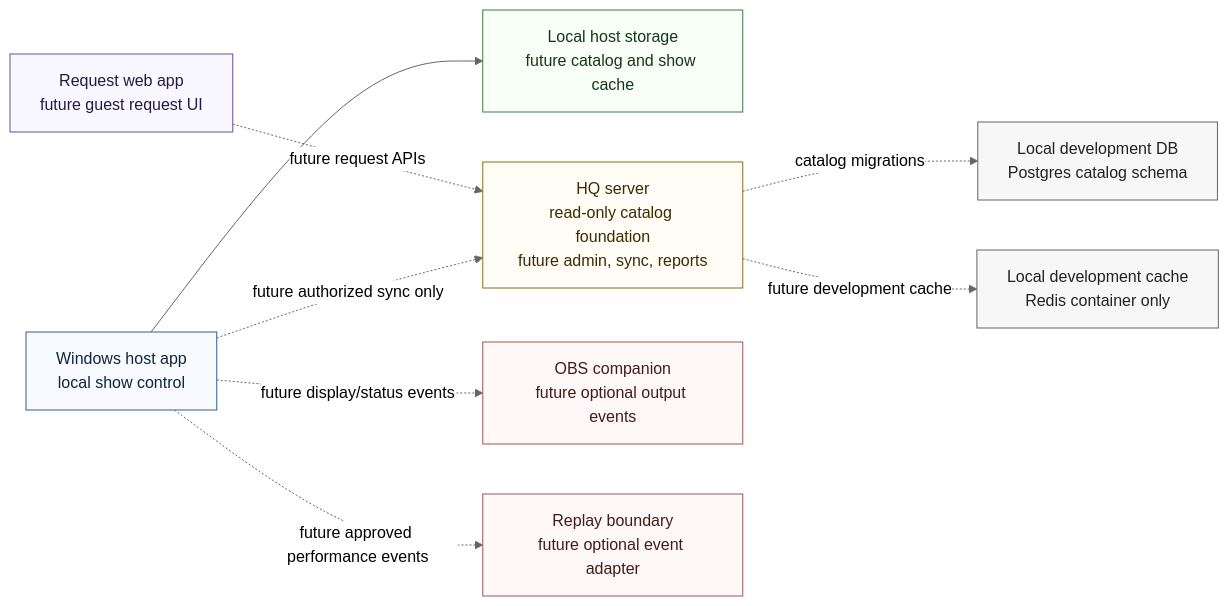
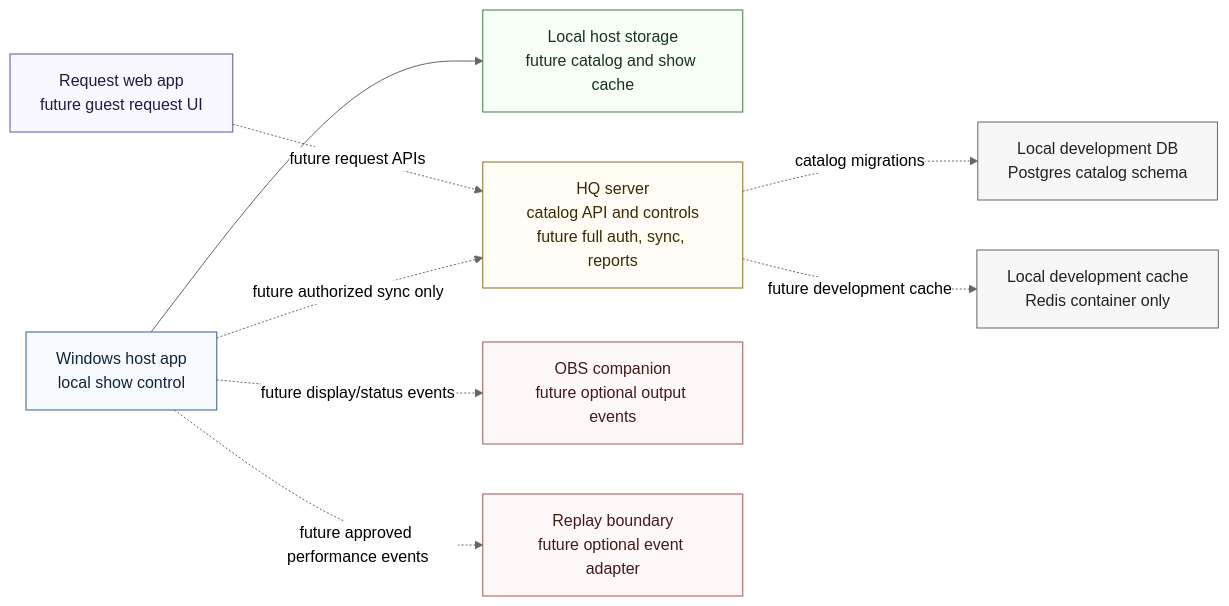
One commit to justinmercer/dandjsworldwidekaraokemedia-base changed the diagram in docs/architecture/system-context.md. Above: the diagram before and after it, drawn with Mermaid (neutral theme). The commit also changed other lines of this file and 35 other files, not shown here.

Commit message:
Complete Wave 1B HQ catalog controls

````diff
--- a/docs/architecture/system-context.md
+++ b/docs/architecture/system-context.md
@@ -5,26 +5,26 @@
 ```mermaid
 flowchart LR
   Host["Windows host app\nlocal show control"]:::core
   LocalStore["Local host storage\nfuture catalog and show cache"]:::local
-  HQ["HQ server\nread-only catalog foundation\nfuture admin, sync, reports"]:::server
+  HQ["HQ server\ncatalog API and controls\nfuture full auth, sync, reports"]:::server
   DB["Local development DB\nPostgres catalog schema"]:::infra
   Cache["Local development cache\nRedis container only"]:::infra
   RequestWeb["Request web app\nfuture guest request UI"]:::edge
   OBS["OBS companion\nfuture optional output events"]:::optional
   Replay["Replay boundary\nfuture optional event adapter"]:::optional
 
   Host --> LocalStore
   Host -. "future authorized sync only" .-> HQ
   HQ -. "catalog migrations" .-> DB
   HQ -. "future development cache" .-> Cache
   RequestWeb -. "future request APIs" .-> HQ
   Host -. "future display/status events" .-> OBS
   Host -. "future approved performance events" .-> Replay
 
   classDef core fill:#f7fbff,stroke:#2f5f8f,color:#10243a
   classDef local fill:#f8fff7,stroke:#3f7b44,color:#17351a
   classDef server fill:#fffdf5,stroke:#8a6d1d,color:#3a2b00
   classDef edge fill:#f9f7ff,stroke:#67509c,color:#241942
   classDef optional fill:#fff8f8,stroke:#9c5757,color:#421b1b
   classDef infra fill:#f7f7f7,stroke:#666,color:#222
 ```
````
